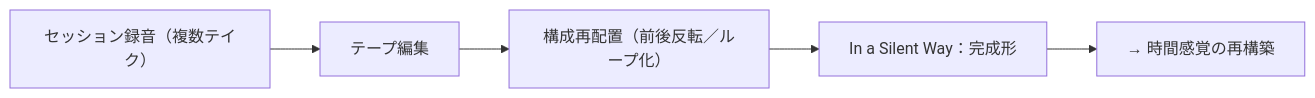
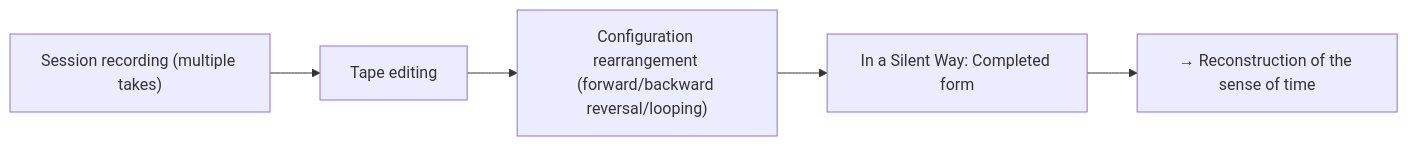
The first of 12 diagrams in en/_posts/2025-10-28-column-macero-miles.md (monumental-movement/monumental-movement.github.io), drawn with Mermaid before and after one commit. The commit also changed other lines of this file and 1719 other files, not shown here.

```diff
--- a/en/_posts/2025-10-28-column-macero-miles.md
+++ b/en/_posts/2025-10-28-column-macero-miles.md
@@ -65,9 +67,10 @@
 <div class="mermaid">
 
 flowchart LR
-    A["セッション録音（複数テイク）"] --> B["テープ編集"]
-    B --> C["構成再配置（前後反転／ループ化）"]
-    C --> D["In a Silent Way：完成形"]
-    D --> E["→ 時間感覚の再構築"]
+A["Session recording (multiple takes)"] --> B["Tape editing"]
+B --> C["Configuration rearrangement (forward/backward reversal/looping)"]
+C --> D["In a Silent Way: Completed form"]
+D --> E["→ Reconstruction of the sense of time"]
+
 
 </div>
```
